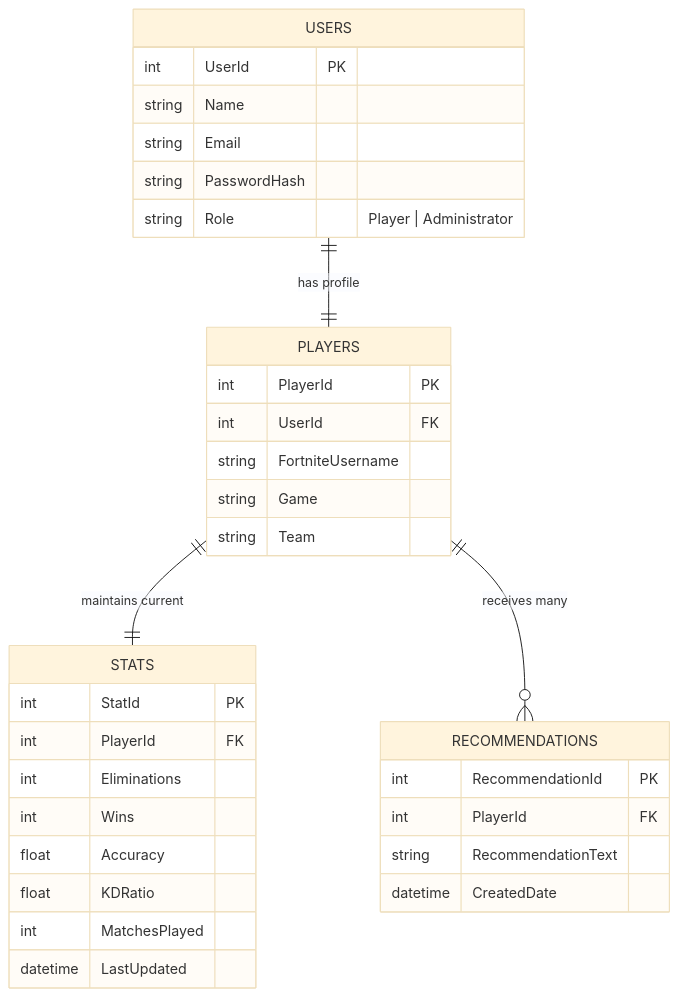
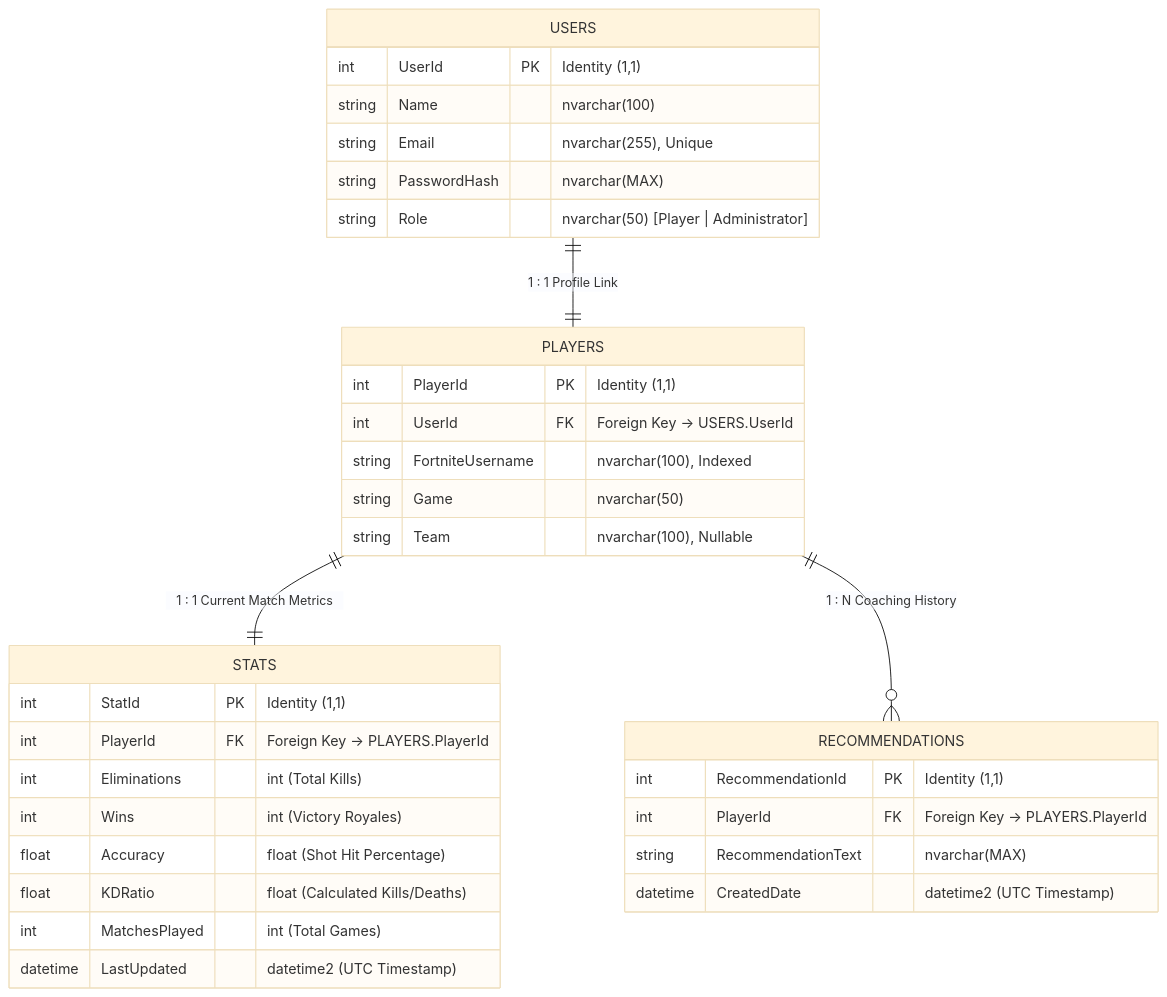
Before and after one commit to RaunakSachdeva2004/Fortnite-Performance-Dashboard: the third of 5 diagrams in README.md, drawn with Mermaid (base theme). The commit also changed other lines of this file, not shown here.

Commit message:
docs: enhance flowcharts, ERD schema, and add native Mermaid performance charts

````diff
--- a/README.md
+++ b/README.md
@@ -148,40 +196,40 @@
 ```mermaid
 erDiagram
-    USERS ||--|| PLAYERS : "has profile"
-    PLAYERS ||--|| STATS : "maintains current"
-    PLAYERS ||--o{ RECOMMENDATIONS : "receives many"
+    USERS ||--|| PLAYERS : "1 : 1 Profile Link"
+    PLAYERS ||--|| STATS : "1 : 1 Current Match Metrics"
+    PLAYERS ||--o{ RECOMMENDATIONS : "1 : N Coaching History"
 
     USERS {
-        int UserId PK
-        string Name
-        string Email
-        string PasswordHash
-        string Role "Player | Administrator"
+        int UserId PK "Identity (1,1)"
+        string Name "nvarchar(100)"
+        string Email "nvarchar(255), Unique"
+        string PasswordHash "nvarchar(MAX)"
+        string Role "nvarchar(50) [Player | Administrator]"
     }
 
     PLAYERS {
-        int PlayerId PK
-        int UserId FK
-        string FortniteUsername
-        string Game
-        string Team
+        int PlayerId PK "Identity (1,1)"
+        int UserId FK "Foreign Key -> USERS.UserId"
+        string FortniteUsername "nvarchar(100), Indexed"
+        string Game "nvarchar(50)"
+        string Team "nvarchar(100), Nullable"
     }
 
     STATS {
-        int StatId PK
-        int PlayerId FK
-        int Eliminations
-        int Wins
-        float Accuracy
-        float KDRatio
-        int MatchesPlayed
-        datetime LastUpdated
+        int StatId PK "Identity (1,1)"
+        int PlayerId FK "Foreign Key -> PLAYERS.PlayerId"
+        int Eliminations "int (Total Kills)"
+        int Wins "int (Victory Royales)"
+        float Accuracy "float (Shot Hit Percentage)"
+        float KDRatio "float (Calculated Kills/Deaths)"
+        int MatchesPlayed "int (Total Games)"
+        datetime LastUpdated "datetime2 (UTC Timestamp)"
     }
 
     RECOMMENDATIONS {
-        int RecommendationId PK
-        int PlayerId FK
-        string RecommendationText
-        datetime CreatedDate
+        int RecommendationId PK "Identity (1,1)"
+        int PlayerId FK "Foreign Key -> PLAYERS.PlayerId"
+        string RecommendationText "nvarchar(MAX)"
+        datetime CreatedDate "datetime2 (UTC Timestamp)"
     }
 ```
````
